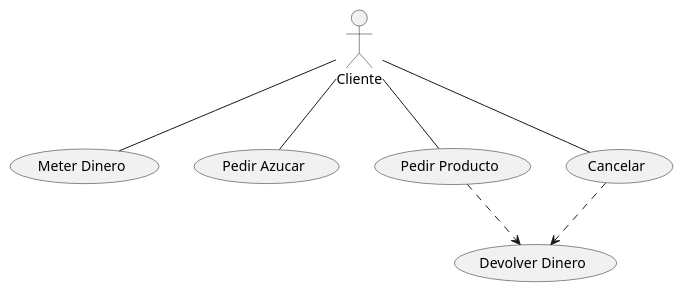
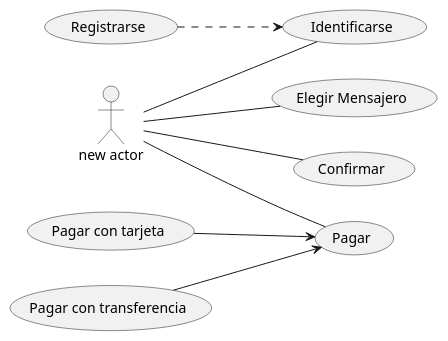
One commit to franmolinaadan/UML_1_Molina changed the diagram in src/Clases_De_Uso.puml. Above: the diagram before and after it, drawn with PlantUML.

Commit message:
Tienda ejemplo

```diff
--- a/src/Clases_De_Uso.puml
+++ b/src/Clases_De_Uso.puml
@@ -1,20 +1,23 @@
 @startuml
+left to right direction
 
+actor "new actor" as cl
 
-actor "Cliente" as cl
+usecase "Identificarse" as (id)
+usecase "Pagar" as (Pagar)
+usecase "Elegir Mensajero" as (Elegir)
+usecase "Confirmar" as (Confirmar)
 
-usecase "Meter Dinero" as (Meter)
-usecase "Pedir Azucar" as (PedirA)
-usecase "Pedir Producto" as (PedirP)
-usecase "Cancelar" as (Cancelar)
+usecase "Registrarse" as (Registrar)
+usecase "Pagar con tarjeta" as (PagarT)
+usecase "Pagar con transferencia" as (Transferencia)
 
-usecase "Devolver Dinero" as (Devolver)
+cl -- id
+cl -- Pagar
+cl -- Elegir
+cl -- Confirmar
 
-cl -- Meter
-cl -- PedirA
-cl -- PedirP
-cl -- Cancelar
-
-PedirP ..> Devolver
-Cancelar ..> Devolver
+Registrar ..> id
+PagarT --> Pagar
+Transferencia --> Pagar
 @enduml
```
